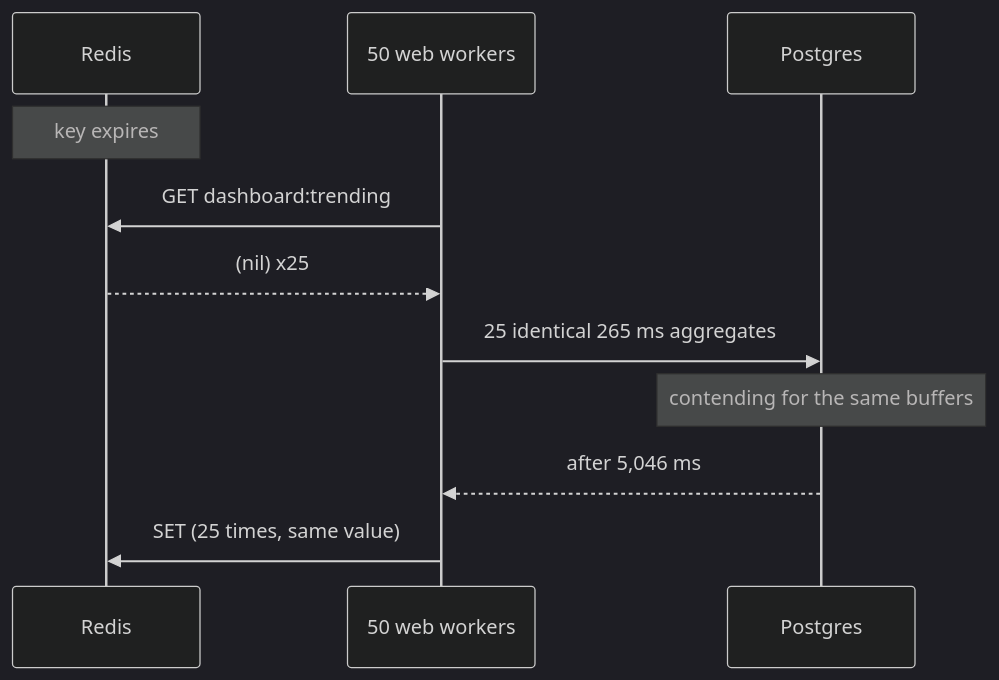
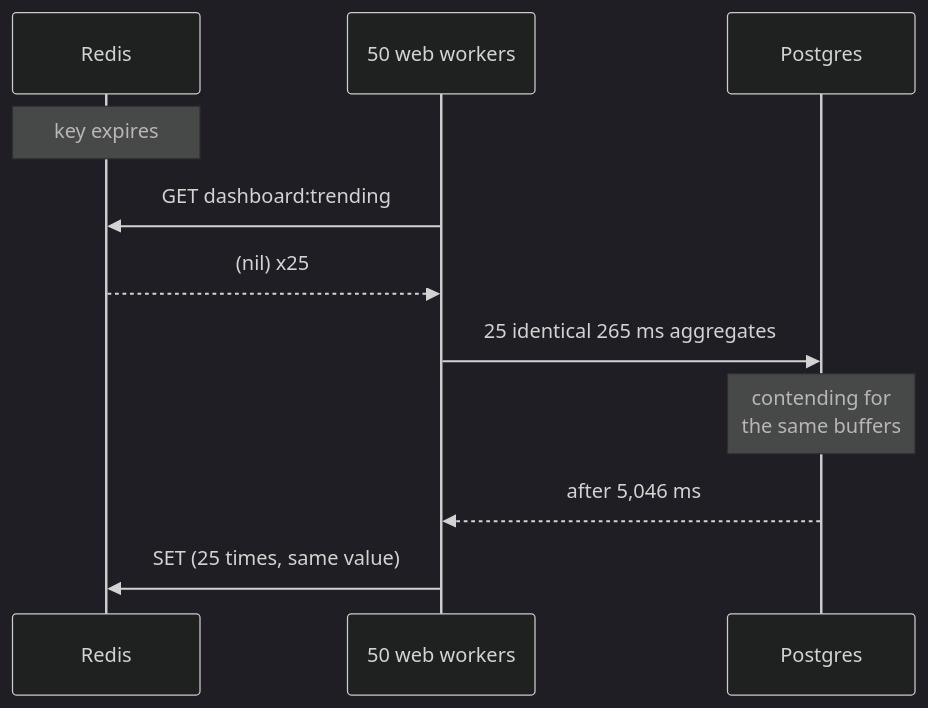
One commit to haraGADygyl/medium-python-articles changed the diagram in markdown/system-design-interview/assets/002/01-stampede.mmd. Above: the diagram before and after it, drawn with Mermaid (dark theme). The commit also changed 69 other files, not shown here.

First line of the commit message:
feat: backfill system-design-interview 000-009 diagrams in the house style

```diff
--- a/markdown/system-design-interview/assets/002/01-stampede.mmd
+++ b/markdown/system-design-interview/assets/002/01-stampede.mmd
@@ -1,11 +1,11 @@
 sequenceDiagram
     participant R as Redis
     participant W as 50 web workers
     participant DB as Postgres
     Note over R: key expires
     W->>R: GET dashboard:trending
     R-->>W: (nil) x25
     W->>DB: 25 identical 265 ms aggregates
-    Note over DB: contending for the same buffers
+    Note over DB: contending for<br/>the same buffers
     DB-->>W: after 5,046 ms
     W->>R: SET (25 times, same value)
```
